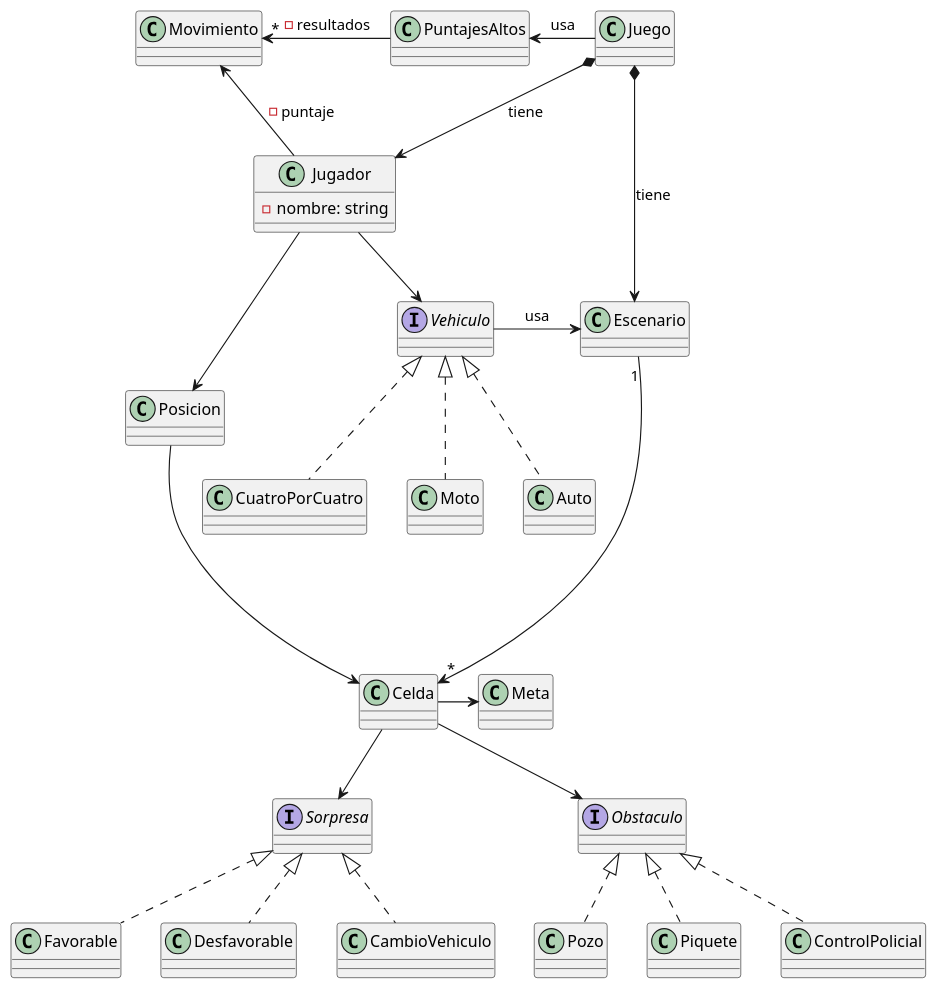
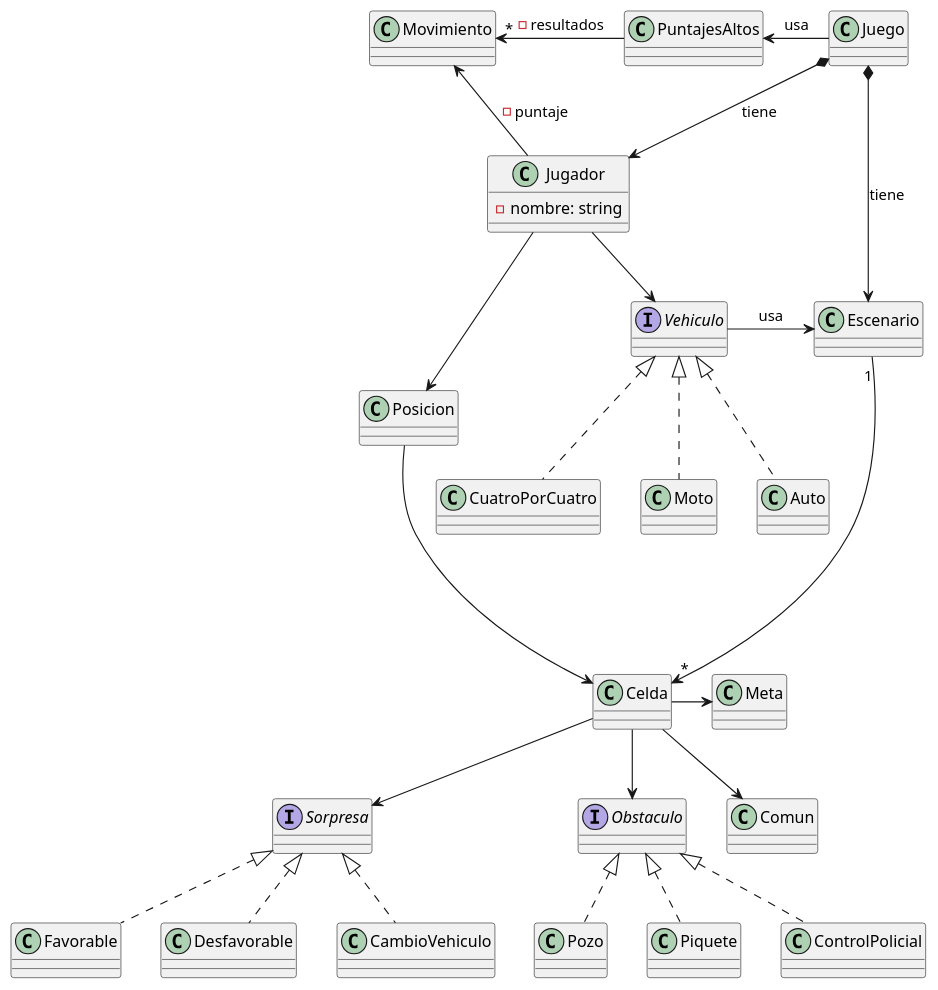
The diagram in diagrams/borradores/DiagramaClaseGeneral.puml (rodrigovzq/algo3_tp2), drawn with PlantUML before and after one commit. The commit also changed 3 other files, not shown here.

```diff
--- a/diagrams/borradores/DiagramaClaseGeneral.puml
+++ b/diagrams/borradores/DiagramaClaseGeneral.puml
@@ -1,81 +1,84 @@
 @startuml
 ' Esto es un primer panorama de todos los clases/interfaces que
 'se nos ocurrieron al principio.
 
 ' Luego pasamos al diagramas de secuencia, para pensar la interacción
 'de cada clase con otras, se nos ocurrieron nuevas ideas, por lo que
 'este diagrama de clases puede que no sea 100% congruente con los
 'DSecuencia. Principalmente las relaciones, quien tiene a quien.
 
 interface Obstaculo{}
 interface Sorpresa{}
 interface Vehiculo{}
 
 'Clase/interfaz/Flag que identifique a una celda como el lugar
 'a llegar.
 class Meta{}
+
+class Comun{}
 
 'Clase que representa el estado del jugador.
 class Jugador{
     -nombre: string
 
 'Nombre, Puntaje, Vehiculo...
 }
 class Juego{}
 
 'Clase que encargada de la lógica del juego
 'Clase que representa cada manzana del mapa.
 class Celda{}
 
 'Clase que encapsula el lugar donde se mueve el jugador/vehículo.
 class Escenario{
 'Podemos pensar al mapa como
 '1. Una matriz dinámica de celdas
 '2. un grafo ya que no tiene un tamaño fijo,
 'por lo que la celda tendría conocimiento de sus adyacentes
 }
 'Clase encargada de tener puntajes de partidas anteriores
 'ordenadas por cantidad de movimientos.
 
 class PuntajesAltos{}
 'Clase encargada de tener la información sobre la ubicación
 'del jugador.
 class Posicion{}
 
 'Clase que encapsula la logica de movimientos.
 class Movimiento{
 'Se nos ocurrio para que que el jugador tenga un
 'puntaje: Movimiento, para poder delegar la suma, resta,
 'descuento o aumento de movimientos.
 }
 
 Obstaculo <|.. Pozo
 Obstaculo <|.. Piquete
 Obstaculo <|.. ControlPolicial
 
 Favorable .up.|> Sorpresa
 Desfavorable .up.|> Sorpresa
 CambioVehiculo .up.|> Sorpresa
 
 Vehiculo <|.. Moto
 Vehiculo <|.. Auto
 Vehiculo <|.. CuatroPorCuatro
 
 Jugador <--up* Juego: tiene
 Escenario <-right-* Juego: tiene
 Juego -left-> PuntajesAltos:usa
 Jugador -down-> Posicion
 Jugador -down-> Vehiculo
 
 Movimiento <-- Jugador: - puntaje
 Movimiento"*"<- PuntajesAltos : - resultados
 
 Celda --> Obstaculo
 Celda -> Meta
 Celda --> Sorpresa
+Celda --> Comun
 
 Vehiculo -> Escenario: usa
 Posicion --> Celda
 Escenario "1"---->"*" Celda
 
 @enduml
```
